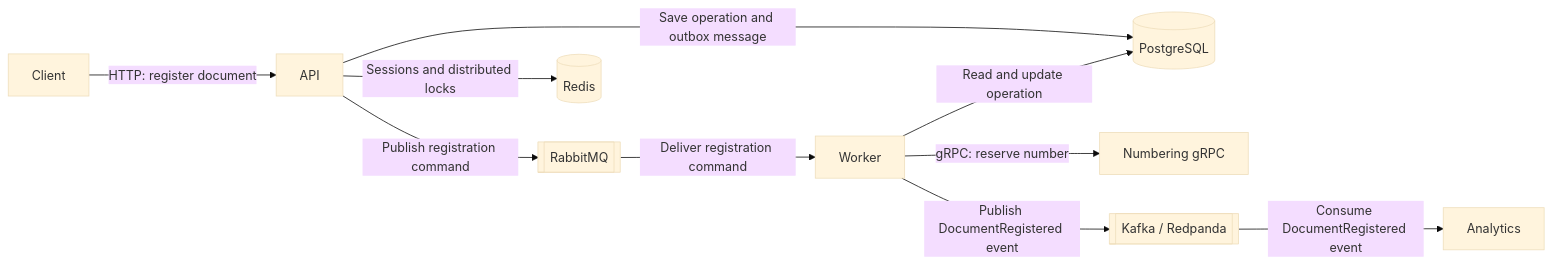
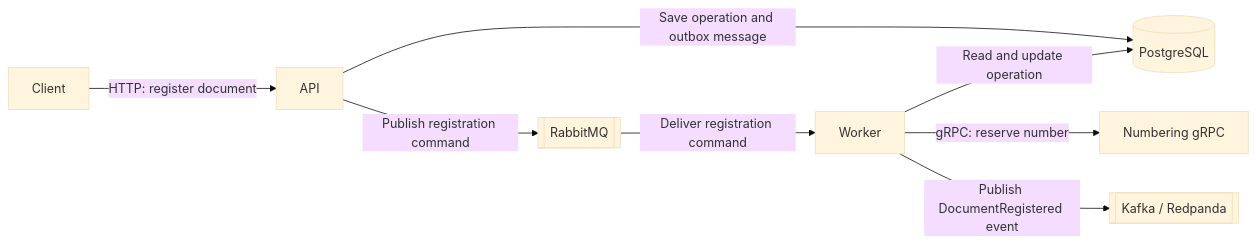
Before and after one commit to MelovX/distributed-workflow: the first of 2 diagrams in README.md, drawn with Mermaid (base theme). The commit also changed other lines of this file and 25 other files, not shown here.

Commit message:
redis and analytics removal

````diff
--- a/README.md
+++ b/README.md
@@ -13,27 +13,22 @@
 ```mermaid
 flowchart LR
     client[Client]
     api[API]
     worker[Worker]
     numbering[Numbering gRPC]
-    analytics[Analytics]
 
     postgres[(PostgreSQL)]
-    redis[(Redis)]
     rabbitmq[[RabbitMQ]]
     kafka[[Kafka / Redpanda]]
 
     client -->|HTTP: register document| api
 
     api -->|Save operation and outbox message| postgres
-    api -->|Sessions and distributed locks| redis
     api -->|Publish registration command| rabbitmq
 
     rabbitmq -->|Deliver registration command| worker
 
     worker -->|Read and update operation| postgres
     worker -->|gRPC: reserve number| numbering
     worker -->|Publish DocumentRegistered event| kafka
-
-    kafka -->|Consume DocumentRegistered event| analytics
 ```
````
